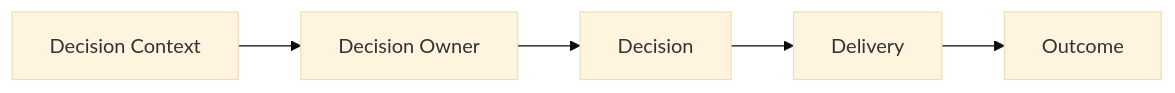
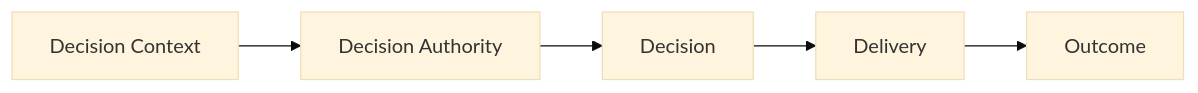
Before and after one commit to Pettersson-dev/Pettersson-dev.github.io: the first of 3 diagrams in _posts/2026-07-15-decision-rights.md, drawn with Mermaid (base theme).

````diff
--- a/_posts/2026-07-15-decision-rights.md
+++ b/_posts/2026-07-15-decision-rights.md
@@ -58,13 +58,13 @@
 ```mermaid
 flowchart LR
     Context["Decision Context"]
-    Owner["Decision Owner"]
+    Authority["Decision Authority"]
     Decision["Decision"]
     Delivery["Delivery"]
     Outcome["Outcome"]
 
-    Context --> Owner
-    Owner --> Decision
+    Context --> Authority
+    Authority --> Decision
     Decision --> Delivery
     Delivery --> Outcome
 ```
````
